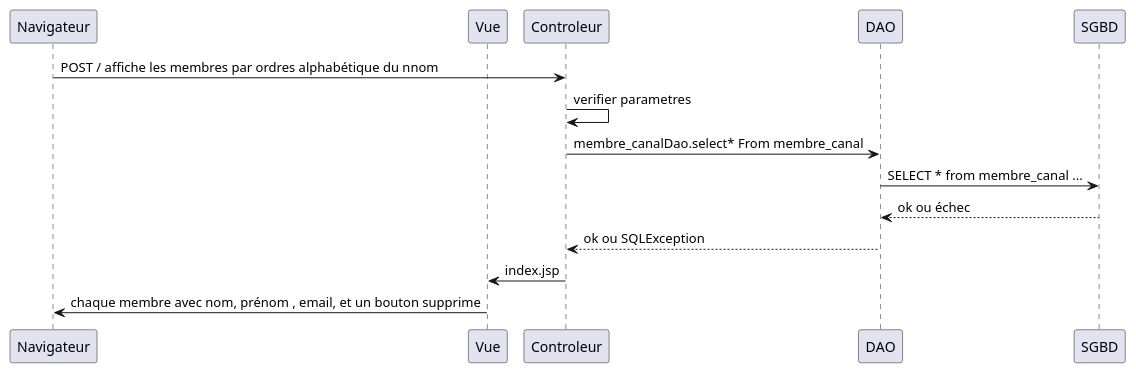
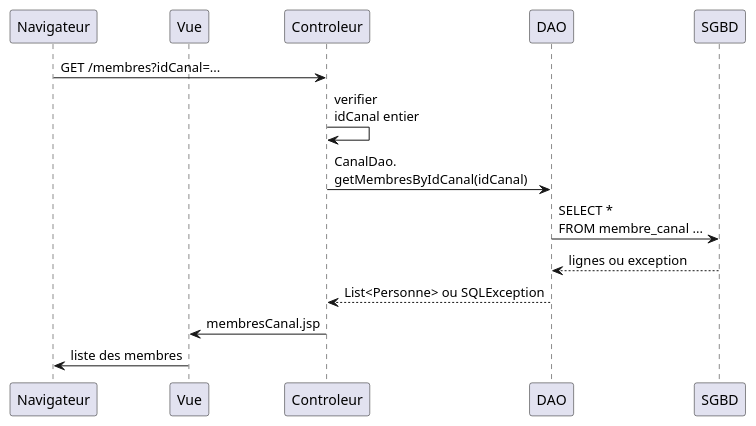
Before and after one commit to michel-plasse/SIOMassy2022: the diagram in src/main/uml/lister_les_membre.puml, drawn with PlantUML.

Commit message:
ajoute lister_les_membres.puml et presence.puml

```diff
--- a/src/main/uml/lister_les_membre.puml
+++ b/src/main/uml/lister_les_membre.puml
@@ -1,15 +1,14 @@
 @startuml
 participant Navigateur
 participant Vue
 
-Navigateur -> Controleur: POST / affiche les membres par ordres alphabétique du nnom
-Controleur -> Controleur: verifier parametres
-Controleur -> DAO: membre_canalDao.select* From membre_canal
-DAO -> SGBD: SELECT * from membre_canal ...
-SGBD --> DAO: ok ou échec
-DAO --> Controleur: ok ou SQLException
-
-Controleur -> Vue: index.jsp
-Vue -> Navigateur: chaque membre avec nom, prénom , email, et un bouton supprime
+Navigateur -> Controleur: GET /membres?idCanal=...
+Controleur -> Controleur: verifier\nidCanal entier
+Controleur -> DAO: CanalDao.\ngetMembresByIdCanal(idCanal)
+DAO -> SGBD: SELECT *\nFROM membre_canal ...
+SGBD --> DAO: lignes ou exception
+DAO --> Controleur: List<Personne> ou SQLException
+Controleur -> Vue: membresCanal.jsp
+Vue -> Navigateur: liste des membres
 
 @enduml
```
